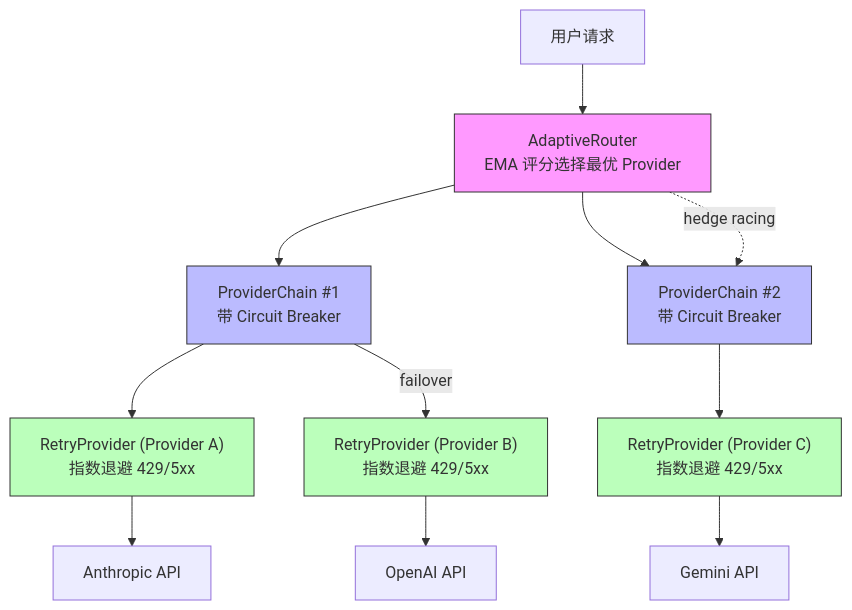
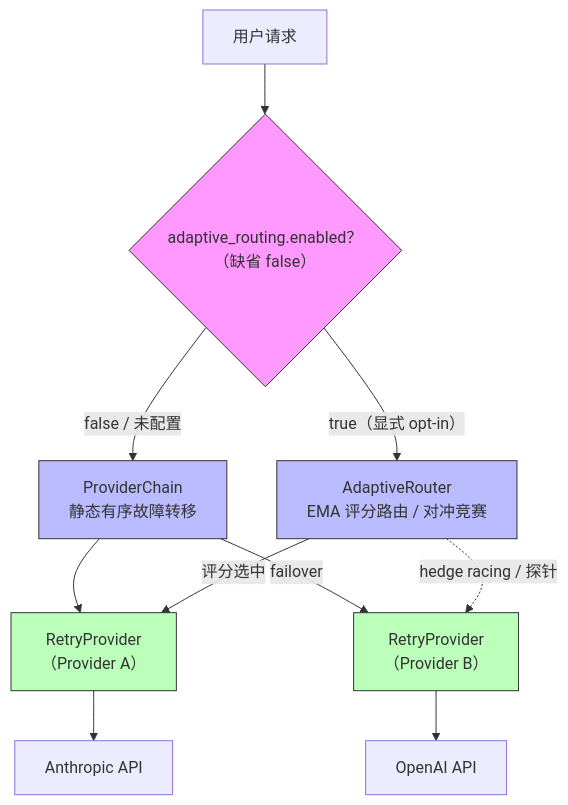
The first of 2 diagrams in book/src/part1/ch03.md (octos-org/octos-book), drawn with Mermaid before and after one commit. The commit also changed other lines of this file and 1 other file, not shown here.

Commit message:
ch03(v2): 外环裁定 C2 属实项修复——C-3 容错链二选一装配+mermaid 重画、C-4 ChatConfig 九字段清单、C-5 退避 1s→2s→4s、回顾重号 3.6→3.8

````diff
--- a/book/src/part1/ch03.md
+++ b/book/src/part1/ch03.md
@@ -184,23 +187,18 @@
 ```mermaid
 flowchart TD
-    Request["用户请求"] --> AR["AdaptiveRouter<br/>EMA 评分选择最优 Provider"]
-    AR --> PC1["ProviderChain #1<br/>带 Circuit Breaker"]
-    AR --> PC2["ProviderChain #2<br/>带 Circuit Breaker"]
-    AR -.->|"hedge racing"| PC2
+    Request["用户请求"] --> Sel{"adaptive_routing.enabled？<br/>（缺省 false）"}
+    Sel -->|"false / 未配置"| PC["ProviderChain<br/>静态有序故障转移"]
+    Sel -->|"true（显式 opt-in）"| AR["AdaptiveRouter<br/>EMA 评分路由 / 对冲竞赛"]
+    PC --> RP1["RetryProvider<br/>（Provider A）"]
+    PC -->|"failover"| RP2["RetryProvider<br/>（Provider B）"]
+    AR -->|"评分选中"| RP1
+    AR -.->|"hedge racing / 探针"| RP2
+    RP1 --> LLM_A["Anthropic API"]
+    RP2 --> LLM_B["OpenAI API"]
 
-    PC1 --> RP1a["RetryProvider (Provider A)<br/>指数退避 429/5xx"]
-    PC1 -->|"failover"| RP1b["RetryProvider (Provider B)<br/>指数退避 429/5xx"]
-
-    PC2 --> RP2a["RetryProvider (Provider C)<br/>指数退避 429/5xx"]
-
-    RP1a --> LLM_A["Anthropic API"]
-    RP1b --> LLM_B["OpenAI API"]
-    RP2a --> LLM_C["Gemini API"]
-
-    style AR fill:#f9f,stroke:#333
-    style PC1 fill:#bbf,stroke:#333
-    style PC2 fill:#bbf,stroke:#333
-    style RP1a fill:#bfb,stroke:#333
-    style RP1b fill:#bfb,stroke:#333
-    style RP2a fill:#bfb,stroke:#333
+    style Sel fill:#f9f,stroke:#333
+    style PC fill:#bbf,stroke:#333
+    style AR fill:#bbf,stroke:#333
+    style RP1 fill:#bfb,stroke:#333
+    style RP2 fill:#bfb,stroke:#333
 ```
````
